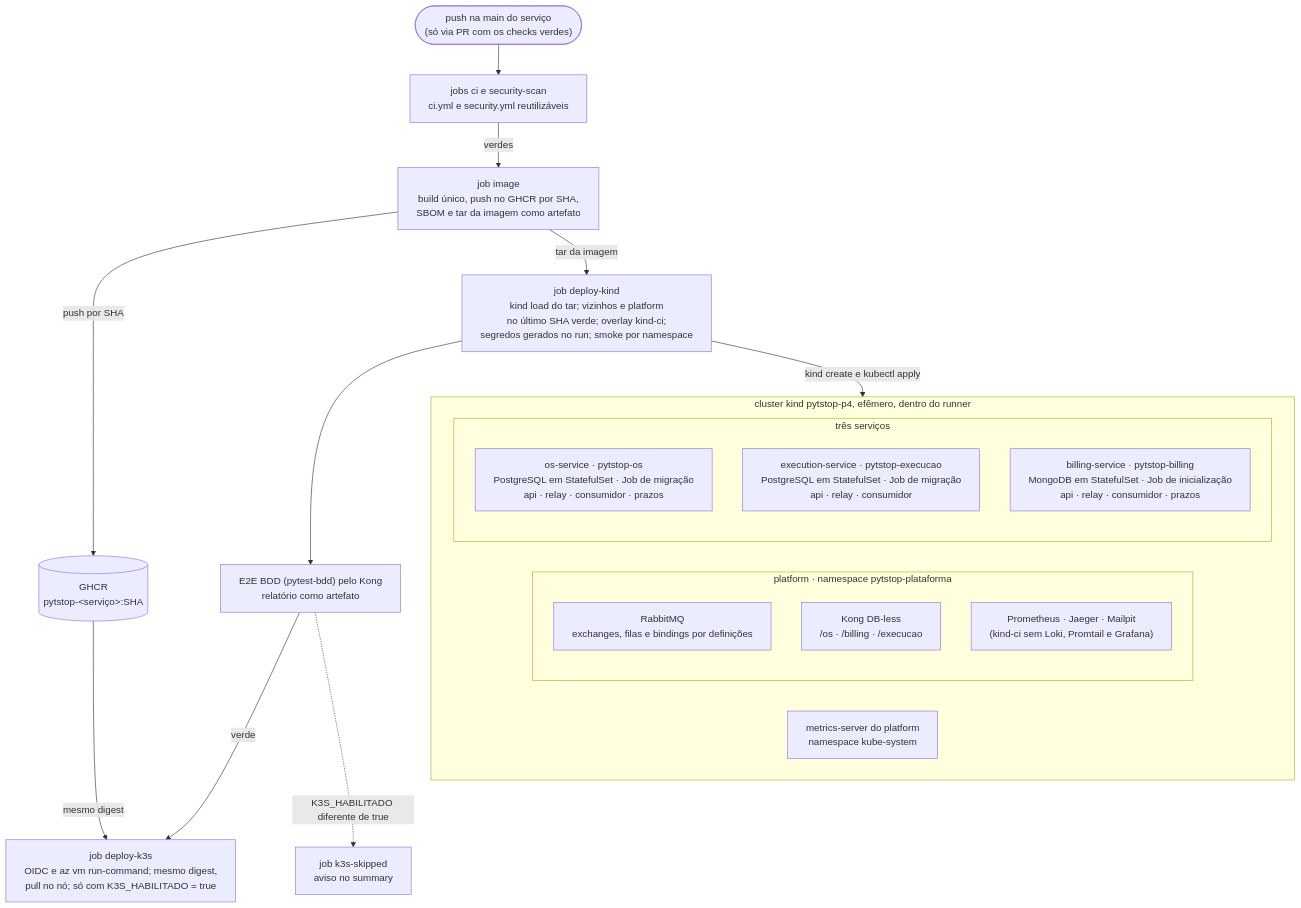
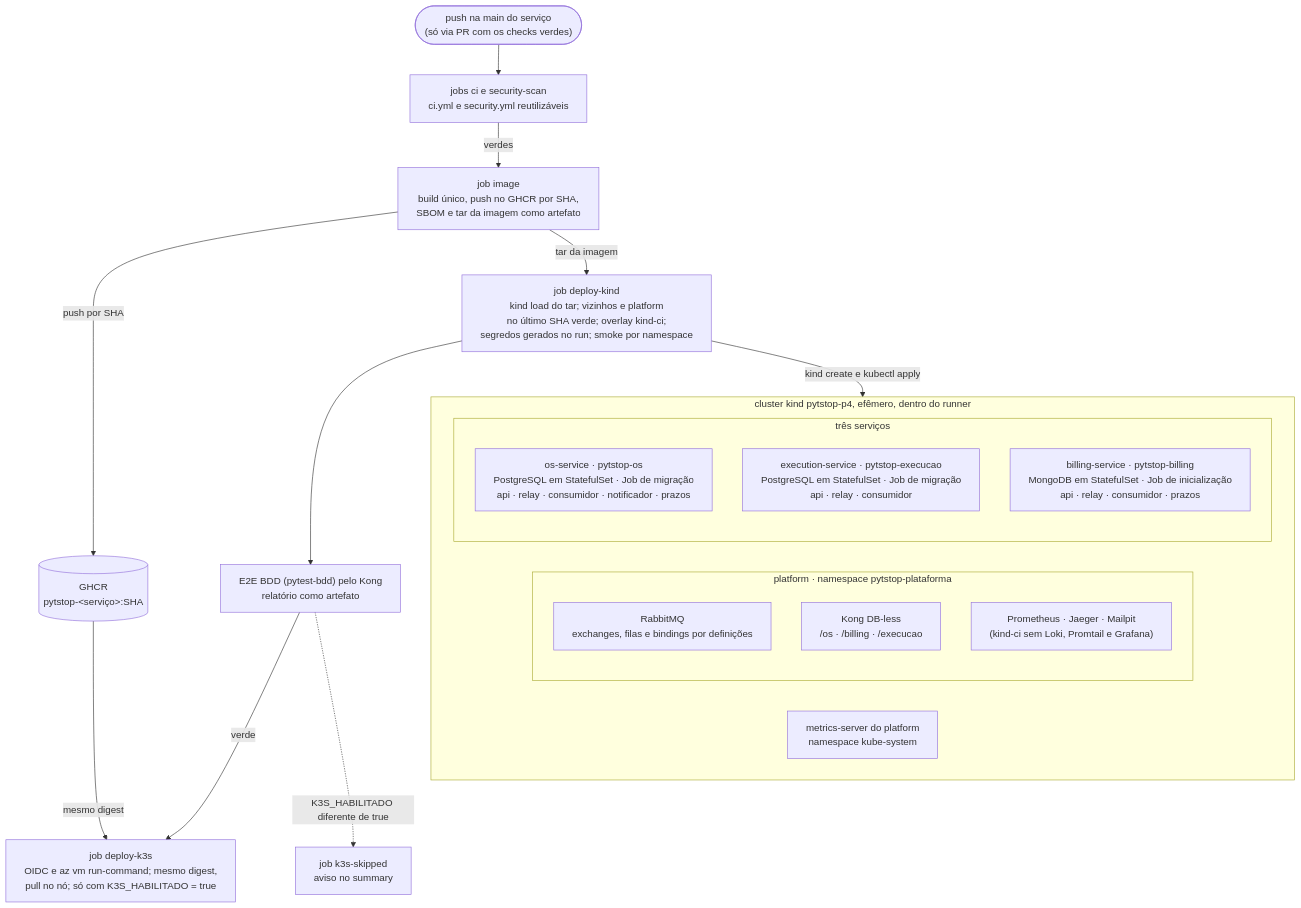
Before and after one commit to fiap-postech-sw-architecture/postech-sw-arch-p4-platform: diagram 13 of 13 in docs/arquitetura/rfc/fase4/rfc-004-microsservicos-saga.md, drawn with Mermaid. The commit also changed other lines of this file and 42 other files, not shown here.

````diff
--- a/docs/arquitetura/rfc/fase4/rfc-004-microsservicos-saga.md
+++ b/docs/arquitetura/rfc/fase4/rfc-004-microsservicos-saga.md
@@ -1096,40 +1137,40 @@
 ```mermaid
 ---
 config:
   flowchart:
     wrappingWidth: 400
 ---
 flowchart TB
     push(["push na main do serviço<br/>(só via PR com os checks verdes)"])
     gates["jobs ci e security-scan<br/>ci.yml e security.yml reutilizáveis"]
     image["job image<br/>build único, push no GHCR por SHA,<br/>SBOM e tar da imagem como artefato"]
     ghcr[("GHCR<br/>pytstop-&lt;serviço&gt;:SHA")]
     dk["job deploy-kind<br/>kind load do tar; vizinhos e platform<br/>no último SHA verde; overlay kind-ci;<br/>segredos gerados no run; smoke por namespace"]
     e2e["E2E BDD (pytest-bdd) pelo Kong<br/>relatório como artefato"]
     k3s["job deploy-k3s<br/>OIDC e az vm run-command; mesmo digest,<br/>pull no nó; só com K3S_HABILITADO = true"]
     skip["job k3s-skipped<br/>aviso no summary"]
 
     subgraph kind["cluster kind pytstop-p4, efêmero, dentro do runner"]
         subgraph plat["platform · namespace pytstop-plataforma"]
             rmq["RabbitMQ<br/>exchanges, filas e bindings por definições"]
             kong["Kong DB-less<br/>/os · /billing · /execucao"]
             obs["Prometheus · Jaeger · Mailpit<br/>(kind-ci sem Loki, Promtail e Grafana)"]
         end
         ms["metrics-server do platform<br/>namespace kube-system"]
         subgraph svcs["três serviços"]
-            os["os-service · pytstop-os<br/>PostgreSQL em StatefulSet · Job de migração<br/>api · relay · consumidor · prazos"]
+            os["os-service · pytstop-os<br/>PostgreSQL em StatefulSet · Job de migração<br/>api · relay · consumidor · notificador · prazos"]
             exe["execution-service · pytstop-execucao<br/>PostgreSQL em StatefulSet · Job de migração<br/>api · relay · consumidor"]
             bil["billing-service · pytstop-billing<br/>MongoDB em StatefulSet · Job de inicialização<br/>api · relay · consumidor · prazos"]
         end
     end
 
     push --> gates
     gates -->|"verdes"| image
     image -->|"push por SHA"| ghcr
     image -->|"tar da imagem"| dk
     dk -->|"kind create e kubectl apply"| kind
     dk --> e2e
     e2e -->|"verde"| k3s
     ghcr -->|"mesmo digest"| k3s
     e2e -.->|"K3S_HABILITADO diferente de true"| skip
 ```
````
